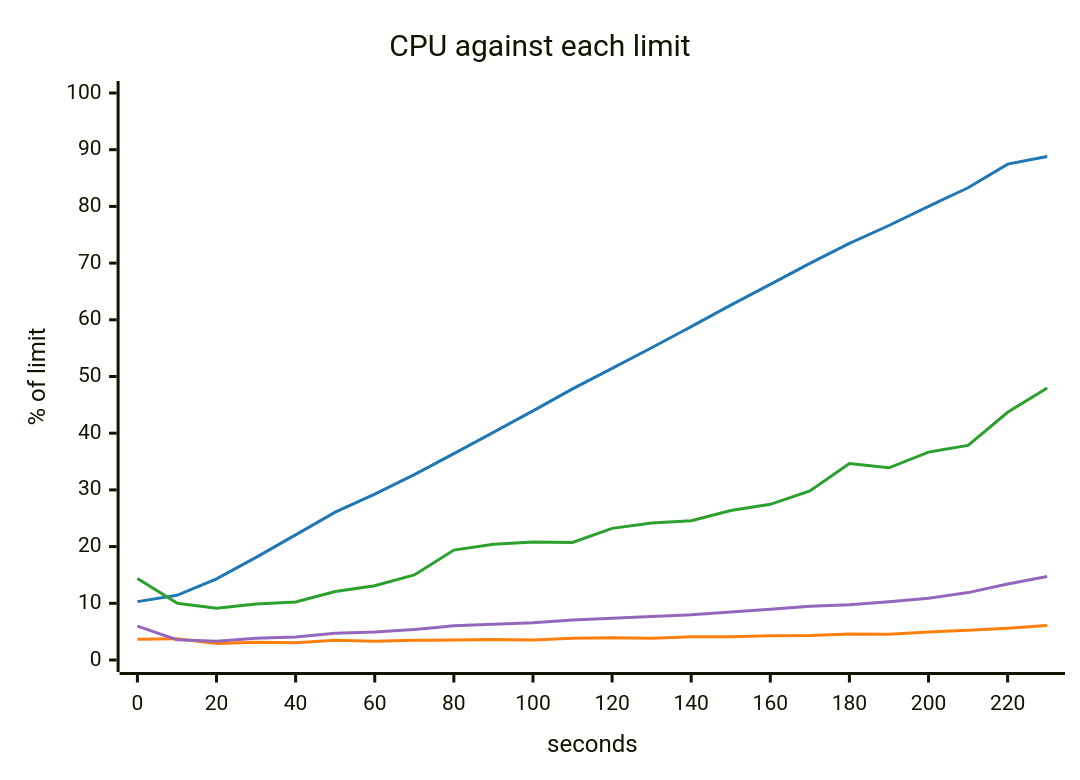
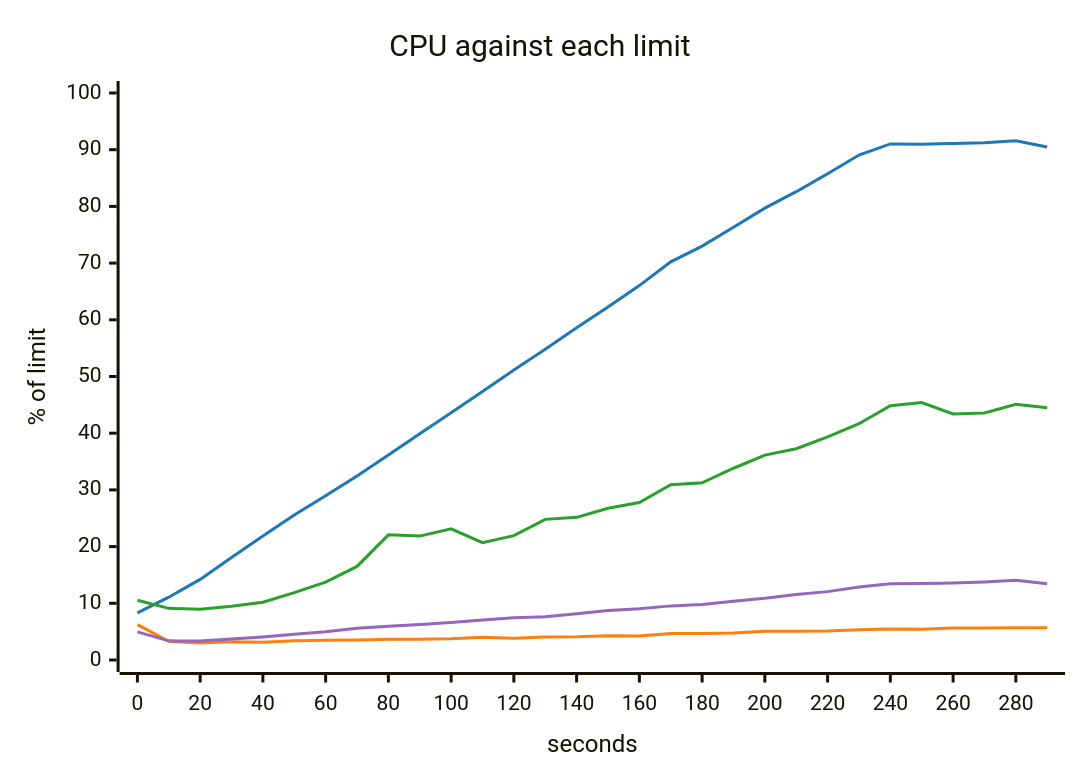
One commit to akinfemi/load-lore changed the fifth of 5 diagrams in scenarios/live-vote/solutions/redis-tally/report.md. Above: the diagram before and after it, drawn with Mermaid. The commit also changed other lines of this file and 8 other files, not shown here.

````diff
--- a/scenarios/live-vote/solutions/redis-tally/report.md
+++ b/scenarios/live-vote/solutions/redis-tally/report.md
@@ -93,17 +93,17 @@
 ```mermaid
 ---
 config:
   themeVariables:
     xyChart:
       backgroundColor: "transparent"
       plotColorPalette: "#1f77b4, #ff7f0e, #2ca02c, #9467bd"
 ---
 xychart-beta
     title "CPU against each limit"
-    x-axis "seconds" 0 --> 230
+    x-axis "seconds" 0 --> 290
     y-axis "% of limit" 0 --> 100
-    line [10.294, 11.409, 14.317, 18.103, 22.07, 26.075, 29.253, 32.685, 36.404, 40.153, 43.934, 47.805, 51.438, 55.073, 58.797, 62.599, 66.254, 69.959, 73.491, 76.63, 80.005, 83.285, 87.455, 88.81]
-    line [3.679, 3.769, 2.929, 3.146, 3.023, 3.494, 3.32, 3.484, 3.509, 3.626, 3.549, 3.831, 3.92, 3.854, 4.097, 4.099, 4.292, 4.32, 4.564, 4.556, 4.929, 5.265, 5.616, 6.094]
-    line [14.383, 10.031, 9.145, 9.893, 10.245, 12.072, 13.099, 15.005, 19.386, 20.408, 20.793, 20.729, 23.217, 24.168, 24.559, 26.351, 27.455, 29.813, 34.661, 33.902, 36.667, 37.838, 43.689, 47.978]
-    line [5.968, 3.575, 3.288, 3.829, 4.057, 4.732, 4.953, 5.376, 6.045, 6.291, 6.578, 7.072, 7.38, 7.685, 7.969, 8.476, 8.934, 9.488, 9.745, 10.252, 10.878, 11.886, 13.415, 14.731]
+    line [8.301, 11.079, 14.213, 18.059, 21.883, 25.583, 28.967, 32.446, 36.155, 39.903, 43.601, 47.349, 51.148, 54.795, 58.589, 62.258, 66.033, 70.213, 72.998, 76.33, 79.701, 82.596, 85.754, 89.063, 91.015, 90.98, 91.08, 91.231, 91.567, 90.465]
+    line [6.244, 3.291, 3.002, 3.225, 3.113, 3.391, 3.477, 3.547, 3.642, 3.658, 3.753, 3.991, 3.836, 4.056, 4.112, 4.291, 4.242, 4.655, 4.656, 4.76, 5.058, 5.092, 5.134, 5.329, 5.48, 5.437, 5.635, 5.646, 5.682, 5.701]
+    line [10.533, 9.107, 8.954, 9.483, 10.197, 11.893, 13.734, 16.505, 22.074, 21.853, 23.125, 20.699, 21.942, 24.803, 25.161, 26.774, 27.761, 30.901, 31.257, 33.819, 36.142, 37.258, 39.336, 41.676, 44.85, 45.403, 43.399, 43.551, 45.101, 44.485]
+    line [4.968, 3.376, 3.337, 3.694, 4.056, 4.529, 4.993, 5.591, 5.972, 6.262, 6.62, 7.067, 7.431, 7.643, 8.153, 8.725, 9.028, 9.545, 9.77, 10.365, 10.872, 11.55, 12.059, 12.891, 13.444, 13.485, 13.573, 13.765, 14.061, 13.466]
 ```
````
